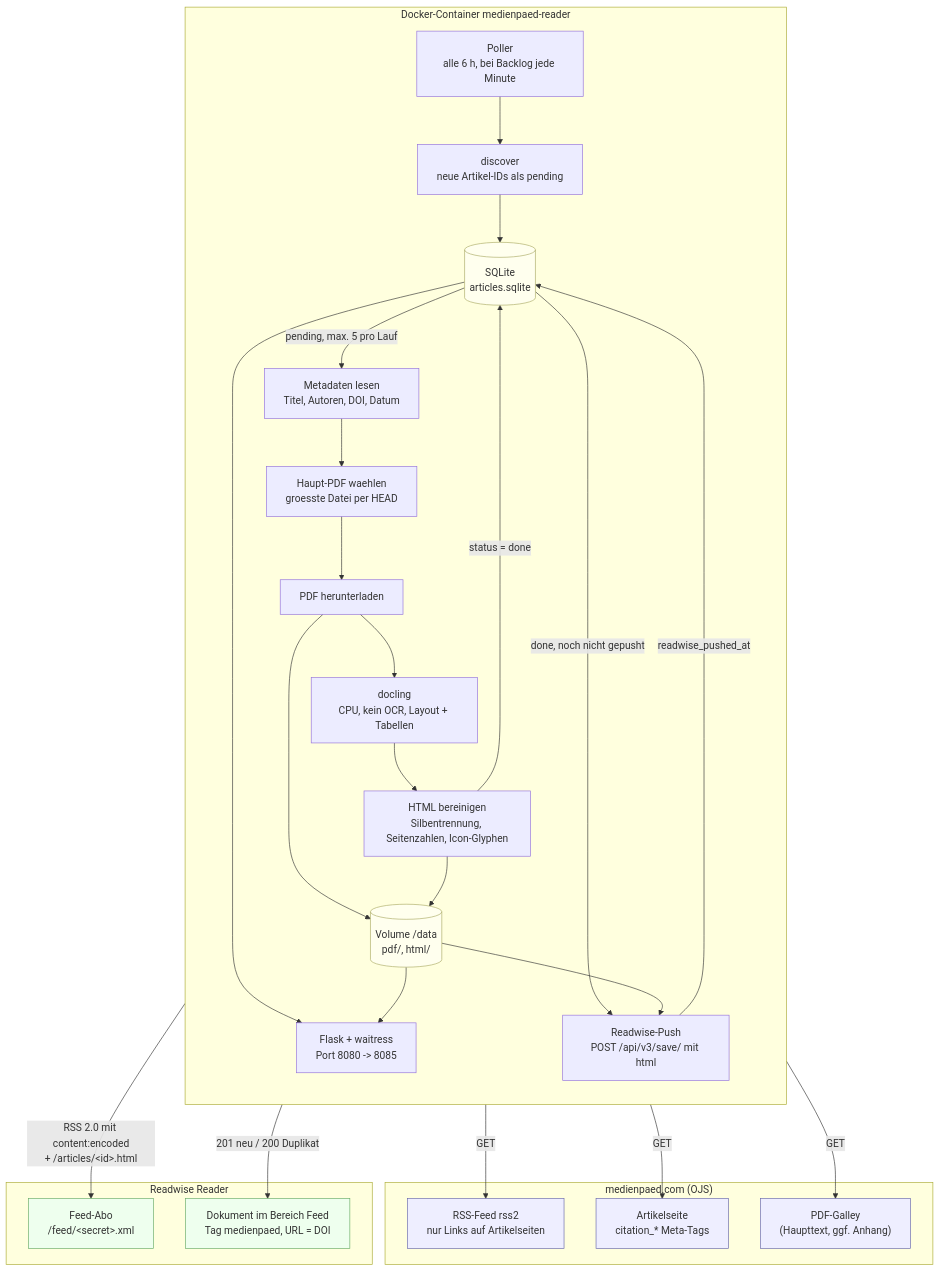
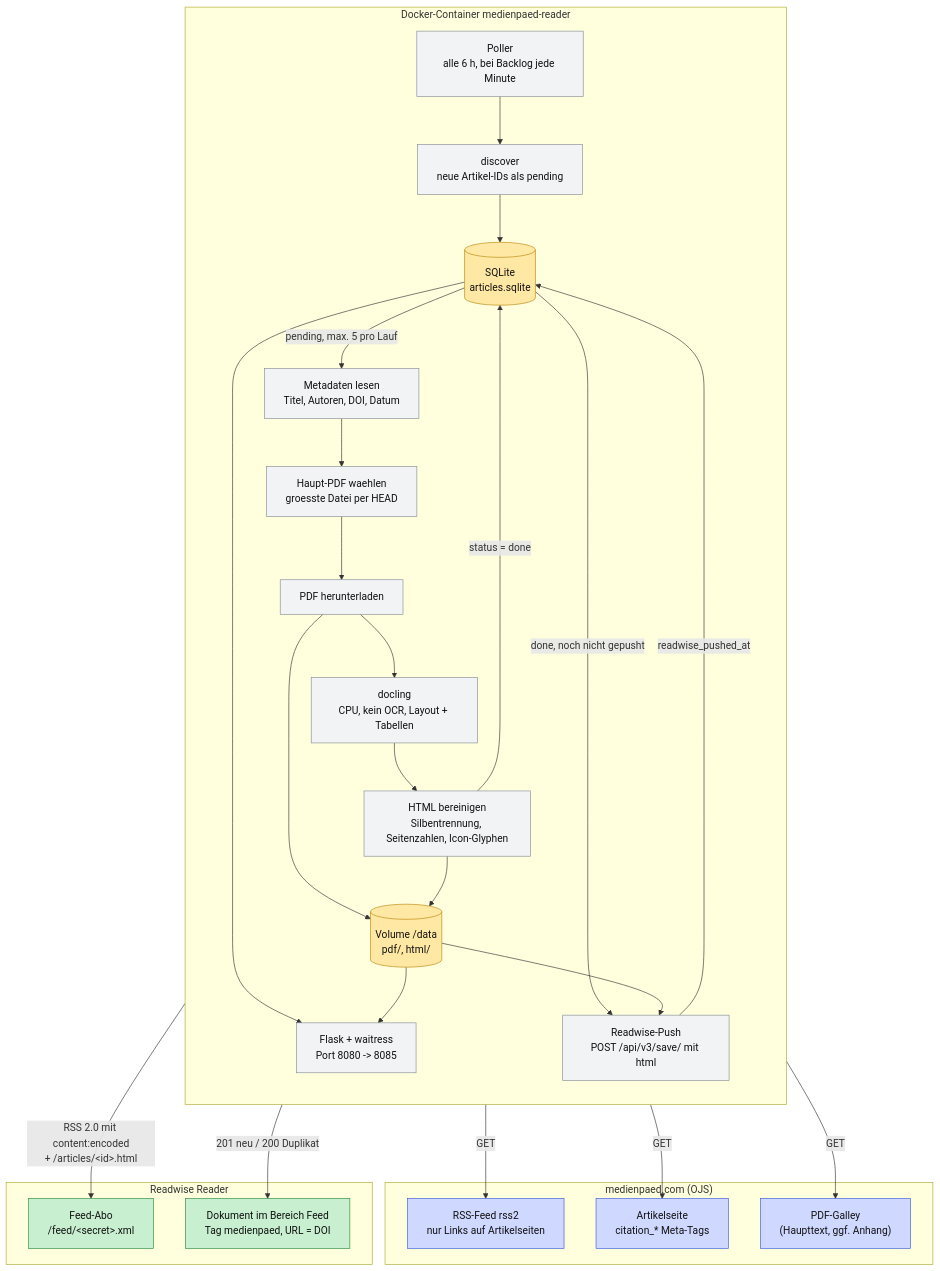
One commit to jvanvinkenroye/mediepaedcom2readwise changed the diagram in README.md. Above: the diagram before and after it, drawn with Mermaid.

Commit message:
docs: Mermaid-Farben fuer Light und Dark Mode lesbar
Claude-Session: https://claude.ai/code/session_01VnN7rVjaVEo77LdkyDL3P8

````diff
--- a/README.md
+++ b/README.md
@@ -16,56 +16,58 @@
 ```mermaid
 flowchart TD
     subgraph quelle["medienpaed.com (OJS)"]
         RSS["RSS-Feed rss2<br/>nur Links auf Artikelseiten"]
         SEITE["Artikelseite<br/>citation_* Meta-Tags"]
         PDF["PDF-Galley<br/>(Haupttext, ggf. Anhang)"]
     end
 
     subgraph container["Docker-Container medienpaed-reader"]
         direction TB
         POLL["Poller<br/>alle 6 h, bei Backlog jede Minute"]
         DISC["discover<br/>neue Artikel-IDs als pending"]
         META["Metadaten lesen<br/>Titel, Autoren, DOI, Datum"]
         WAHL["Haupt-PDF waehlen<br/>groesste Datei per HEAD"]
         DL["PDF herunterladen"]
         DOC["docling<br/>CPU, kein OCR, Layout + Tabellen"]
         CLEAN["HTML bereinigen<br/>Silbentrennung, Seitenzahlen, Icon-Glyphen"]
         DB[("SQLite<br/>articles.sqlite")]
         FS[("Volume /data<br/>pdf/, html/")]
         WEB["Flask + waitress<br/>Port 8080 -> 8085"]
         PUSH["Readwise-Push<br/>POST /api/v3/save/ mit html"]
     end
 
     subgraph ziel["Readwise Reader"]
         FEEDABO["Feed-Abo<br/>/feed/&lt;secret&gt;.xml"]
         API["Dokument im Bereich Feed<br/>Tag medienpaed, URL = DOI"]
     end
 
     POLL --> DISC
     DISC -->|GET| RSS
     DISC --> DB
     DB -->|pending, max. 5 pro Lauf| META
     META -->|GET| SEITE
     META --> WAHL
     WAHL --> DL
     DL -->|GET| PDF
     DL --> FS
     DL --> DOC
     DOC --> CLEAN
     CLEAN --> FS
     CLEAN -->|status = done| DB
     DB --> WEB
     FS --> WEB
     WEB -->|"RSS 2.0 mit content:encoded<br/>+ /articles/&lt;id&gt;.html"| FEEDABO
     DB -->|done, noch nicht gepusht| PUSH
     FS --> PUSH
     PUSH -->|"201 neu / 200 Duplikat"| API
     PUSH -->|readwise_pushed_at| DB
 
-    classDef quelle fill:#eef,stroke:#66a
-    classDef ziel fill:#efe,stroke:#6a6
-    classDef store fill:#ffe,stroke:#aa6
+    classDef quelle fill:#cfd8ff,stroke:#3b5bdb,color:#111
+    classDef ziel fill:#c8f0d0,stroke:#2b8a3e,color:#111
+    classDef store fill:#ffe8a3,stroke:#b8860b,color:#111
+    classDef step fill:#f1f3f5,stroke:#868e96,color:#111
+    class POLL,DISC,META,WAHL,DL,DOC,CLEAN,WEB,PUSH step
     class RSS,SEITE,PDF quelle
     class FEEDABO,API ziel
     class DB,FS store
 ```
````
